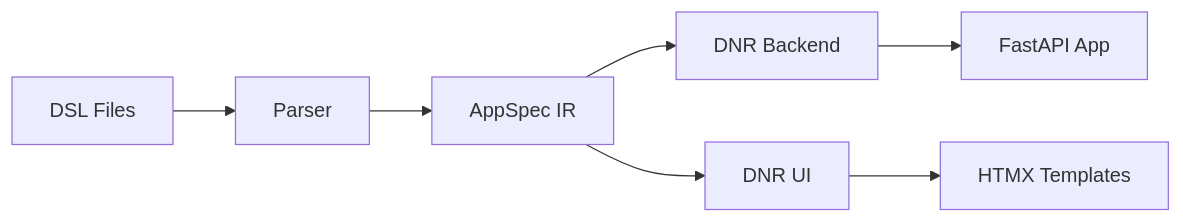
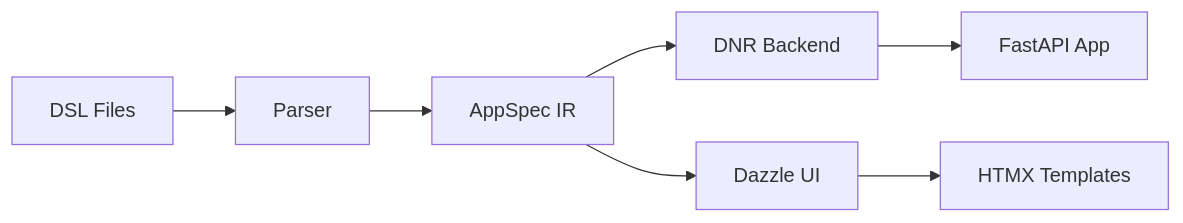
The diagram in docs/index.md (manwithacat/dazzle), drawn with Mermaid before and after one commit. The commit also changed other lines of this file and 590 other files, not shown here.

````diff
--- a/docs/index.md
+++ b/docs/index.md
@@ -61,9 +61,9 @@
 ```mermaid
 graph LR
     DSL[DSL Files] --> Parser
     Parser --> IR[AppSpec IR]
     IR --> Back[DNR Backend]
-    IR --> UI[DNR UI]
+    IR --> UI[Dazzle UI]
     Back --> API[FastAPI App]
     UI --> JS[HTMX Templates]
 ```
````
